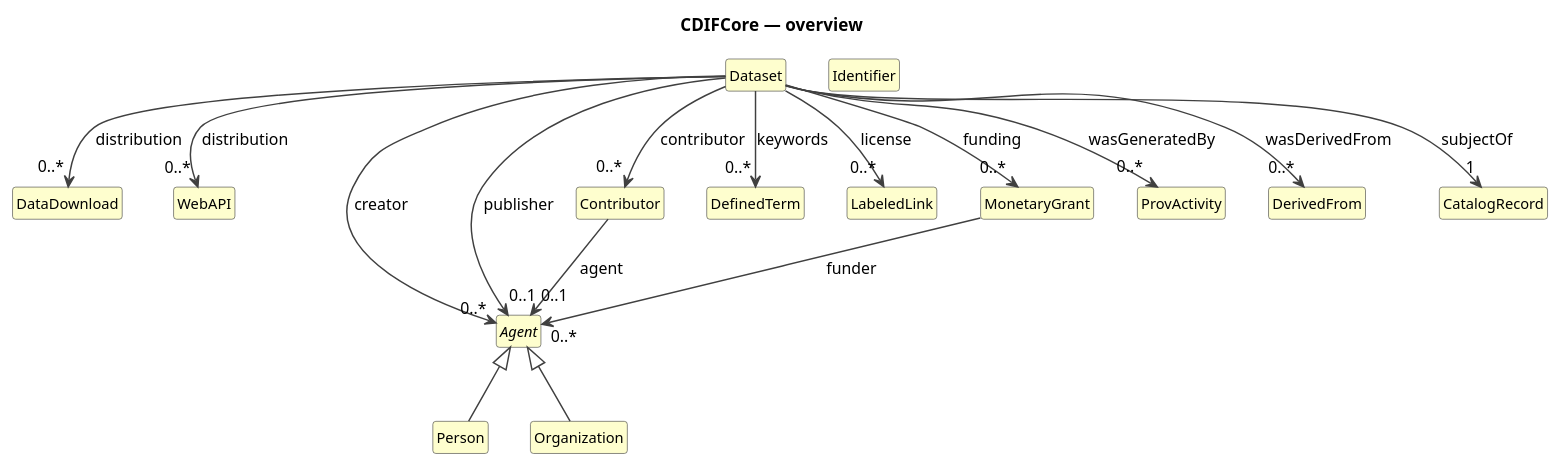
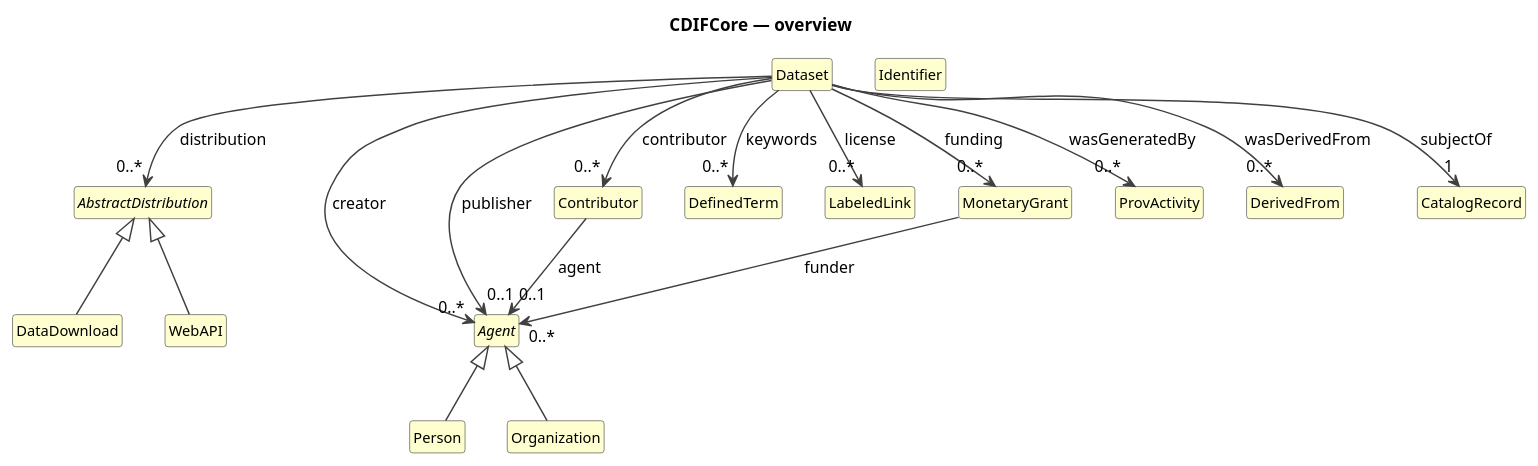
One commit to Cross-Domain-Interoperability-Framework/metadataBuildingBlocks changed the diagram in build/field-level-documentation/CDIFCore/index.pu. Above: the diagram before and after it, drawn with PlantUML. The commit also changed 64 other files, not shown here.

```diff
--- a/build/field-level-documentation/CDIFCore/index.pu
+++ b/build/field-level-documentation/CDIFCore/index.pu
@@ -1,43 +1,45 @@
 @startuml
 title CDIFCore — overview
 hide circle
 hide empty members
 skinparam shadowing false
 skinparam ArrowThickness 1.2
 skinparam class {
   ArrowColor #404040
   BorderColor #404040
   FontSize 12
 }
 
 class "Dataset" as Dataset #FEFECE
+abstract class "AbstractDistribution" as AbstractDistribution #FEFECE
 class "DataDownload" as DataDownload #FEFECE
 class "WebAPI" as WebAPI #FEFECE
 abstract class "Agent" as Agent #FEFECE
 class "Person" as Person #FEFECE
 class "Organization" as Organization #FEFECE
 class "Contributor" as Contributor #FEFECE
 class "DefinedTerm" as DefinedTerm #FEFECE
 class "Identifier" as Identifier #FEFECE
 class "LabeledLink" as LabeledLink #FEFECE
 class "MonetaryGrant" as MonetaryGrant #FEFECE
 class "ProvActivity" as ProvActivity #FEFECE
 class "DerivedFrom" as DerivedFrom #FEFECE
 class "CatalogRecord" as CatalogRecord #FEFECE
+AbstractDistribution <|-- DataDownload
+AbstractDistribution <|-- WebAPI
 Agent <|-- Person
 Agent <|-- Organization
-Dataset --> "0..*" DataDownload : distribution
-Dataset --> "0..*" WebAPI : distribution
+Dataset --> "0..*" AbstractDistribution : distribution
 Dataset --> "0..*" Agent : creator
 Dataset --> "0..*" Contributor : contributor
 Dataset --> "0..1" Agent : publisher
 Dataset --> "0..*" MonetaryGrant : funding
 Dataset --> "0..*" ProvActivity : wasGeneratedBy
 Dataset --> "0..*" DerivedFrom : wasDerivedFrom
 Dataset --> "1" CatalogRecord : subjectOf
 Dataset --> "0..*" DefinedTerm : keywords
 Dataset --> "0..*" LabeledLink : license
 Contributor --> "0..1" Agent : agent
 MonetaryGrant --> "0..*" Agent : funder
 
 @enduml
```
